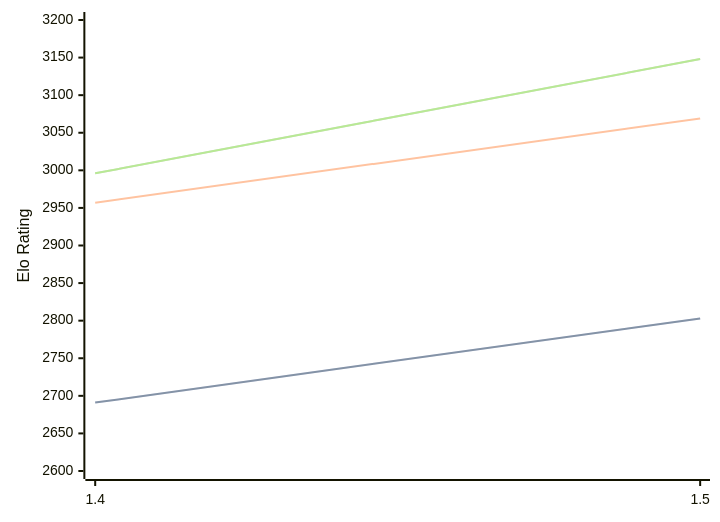
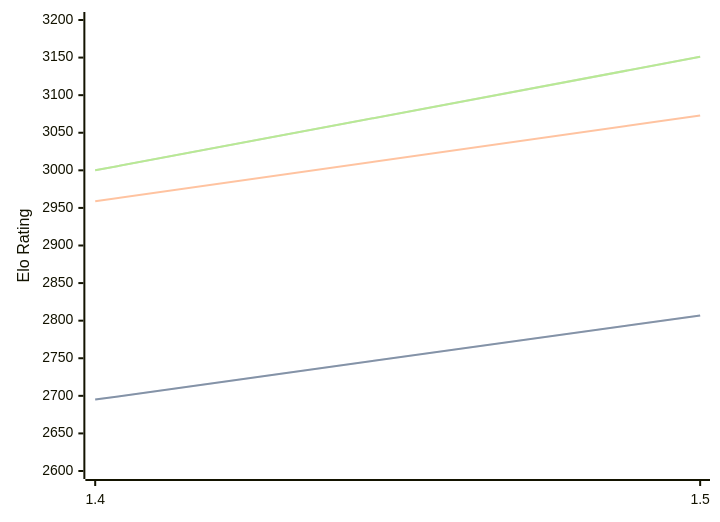
One commit to computer-chess-index/cci changed the diagram in engines/Yakka.md. Above: the diagram before and after it, drawn with Mermaid. The commit also changed other lines of this file, not shown here.

Commit message:
Update CCI Ratings (ELO VLTC) - 2026-04-30

````diff
--- a/engines/Yakka.md
+++ b/engines/Yakka.md
@@ -36,11 +36,11 @@
 ```mermaid
 %%{init: {"theme":"base","themeVariables":{"seriesColors:['#a3a3a3','#222221','#faa371']}}}%%
 xychart-beta
   x-axis ["1.4", "1.5"]
   y-axis "Elo Rating" 2600 --> 3200
-  line "STC (8.0+0.08s)" [2691, 2803]
-  line "STC (8.0+0.08s)" [2691, 2803]
-  line "LTC (60.0+0.60s)" [2957, 3069]
-  line "VLTC (2m24s+1.12s)" [2996, 3148]
-  line "VLTC (2m24s+1.12s)" [2996, 3148]
+  line "STC (8.0+0.08s)" [2695, 2807]
+  line "STC (8.0+0.08s)" [2695, 2807]
+  line "LTC (60.0+0.60s)" [2959, 3073]
+  line "VLTC (2m24s+1.12s)" [3000, 3151]
+  line "VLTC (2m24s+1.12s)" [3000, 3151]
 ```
````
